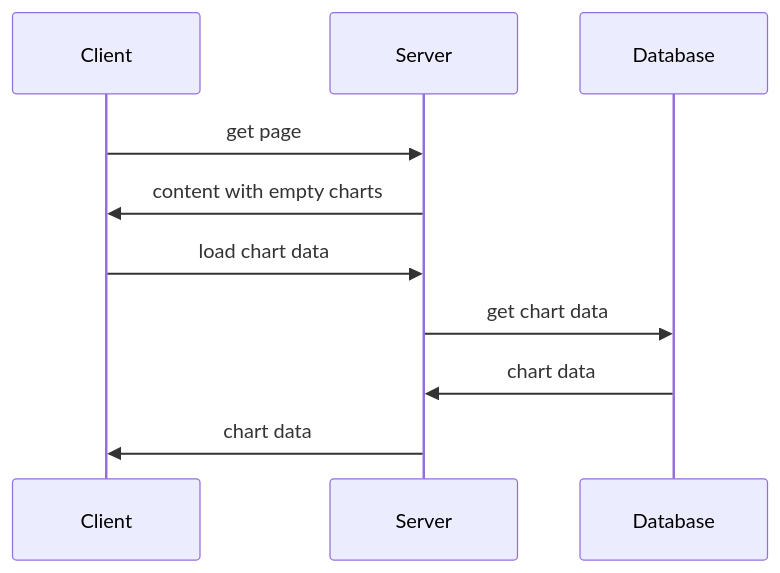
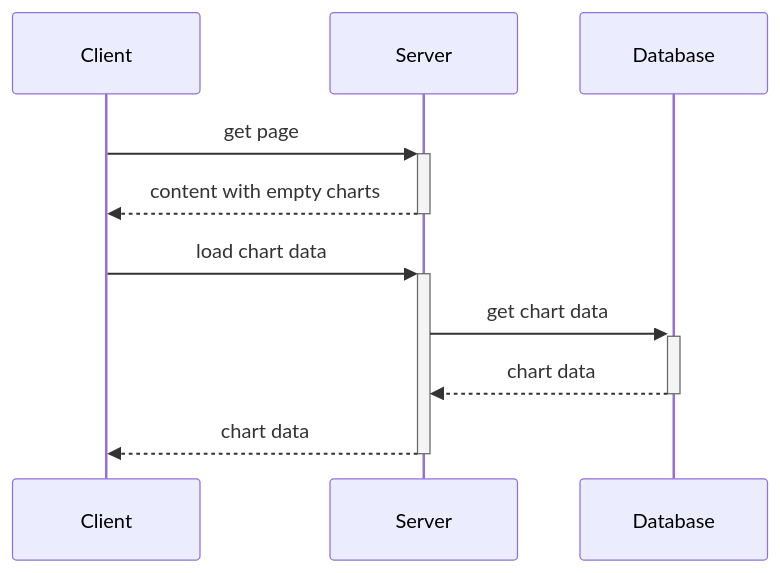
Before and after one commit to matteopolak/a-slice-of-pi: the diagram in README.md, drawn with Mermaid.

Commit message:
docs: update sequence diagram

````diff
--- a/README.md
+++ b/README.md
@@ -40,13 +40,13 @@
 ```mermaid
 sequenceDiagram
   participant C as Client
   participant S as Server
   participant D as Database
 
-  C->>S: get page
-  S->>C: content with empty charts
-  C->>S: load chart data
-  S->>D: get chart data
-  D->>S: chart data
-  S->>C: chart data
+  C->>+S: get page
+  S-->>-C: content with empty charts
+  C->>+S: load chart data
+  S->>+D: get chart data
+  D-->>-S: chart data
+  S-->>-C: chart data
 ```
````
